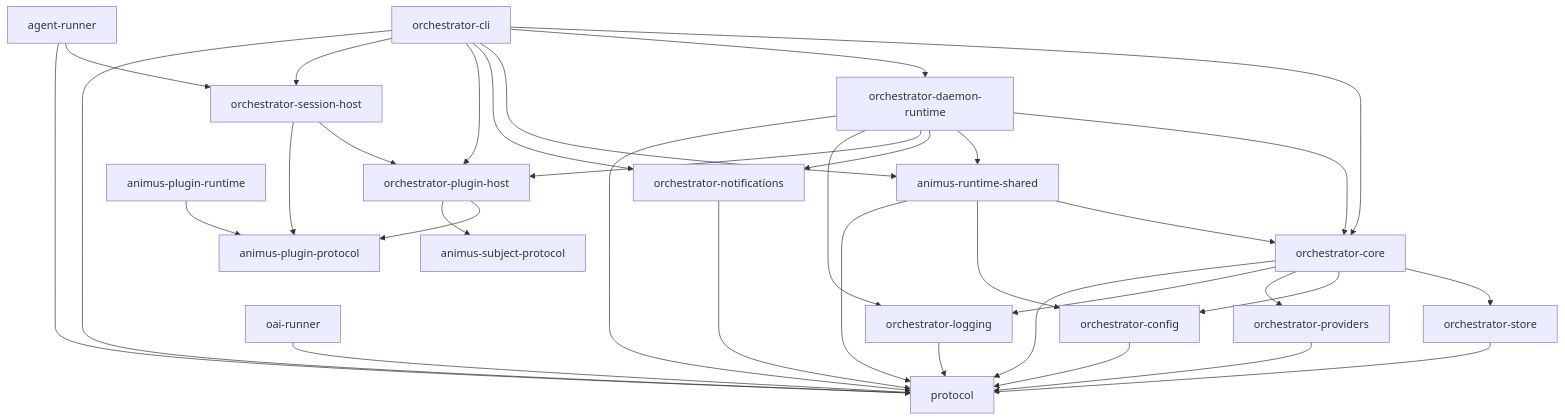
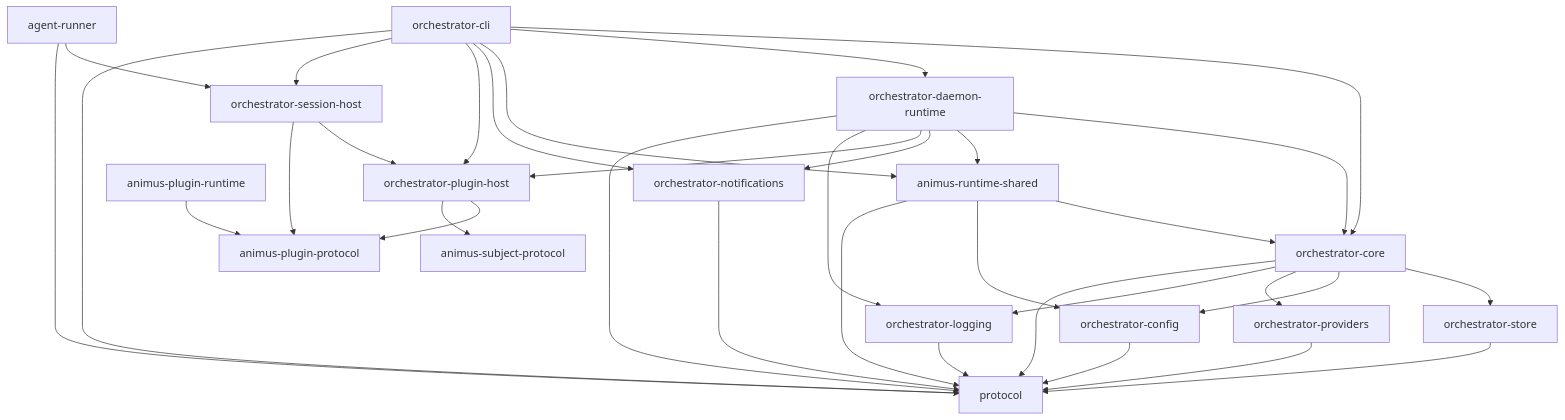
The diagram in docs/architecture/index.md (launchapp-dev/animus-cli), drawn with Mermaid before and after one commit. The commit also changed 44 other files, not shown here.

````diff
--- a/docs/architecture/index.md
+++ b/docs/architecture/index.md
@@ -22,64 +22,61 @@
 ```mermaid
 graph TD
     CLI[orchestrator-cli]
     CORE[orchestrator-core]
     PROTO[protocol]
     STORE[orchestrator-store]
     CONFIG[orchestrator-config]
     DAEMON[orchestrator-daemon-runtime]
     WR[animus-runtime-shared]
     AR[agent-runner]
     SESSION[orchestrator-session-host]
     PLUGIN_HOST[orchestrator-plugin-host]
     PLUGIN_PROTO[animus-plugin-protocol]
     PLUGIN_RUNTIME[animus-plugin-runtime]
     SUBJECT_PROTO[animus-subject-protocol]
-    OAI[oai-runner]
     PROV[orchestrator-providers]
     NOTIF[orchestrator-notifications]
     LOG[orchestrator-logging]
 
     CLI --> CORE
     CLI --> DAEMON
     CLI --> WR
     CLI --> NOTIF
     CLI --> PLUGIN_HOST
     CLI --> SESSION
     CLI --> PROTO
 
     DAEMON --> CORE
     DAEMON --> WR
     DAEMON --> NOTIF
     DAEMON --> PLUGIN_HOST
     DAEMON --> LOG
     DAEMON --> PROTO
 
     WR --> CORE
     WR --> CONFIG
     WR --> PROTO
 
     AR --> SESSION
     AR --> PROTO
 
     SESSION --> PLUGIN_HOST
     SESSION --> PLUGIN_PROTO
 
     PLUGIN_HOST --> PLUGIN_PROTO
     PLUGIN_HOST --> SUBJECT_PROTO
 
     CORE --> STORE
     CORE --> CONFIG
     CORE --> PROV
     CORE --> LOG
     CORE --> PROTO
 
-    OAI --> PROTO
-
     STORE --> PROTO
     CONFIG --> PROTO
     PROV --> PROTO
     NOTIF --> PROTO
     LOG --> PROTO
 
     PLUGIN_RUNTIME --> PLUGIN_PROTO
 ```
````
